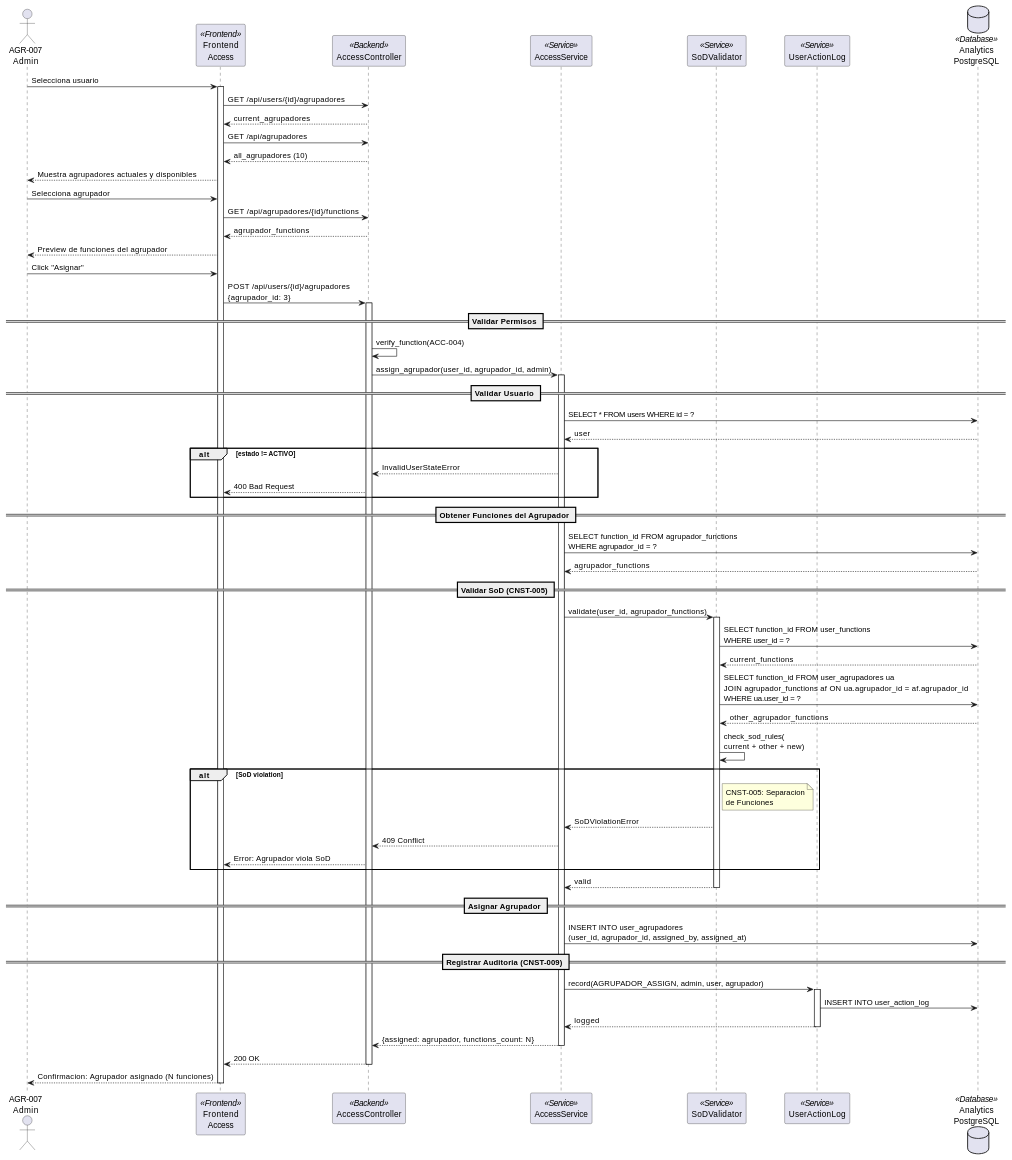
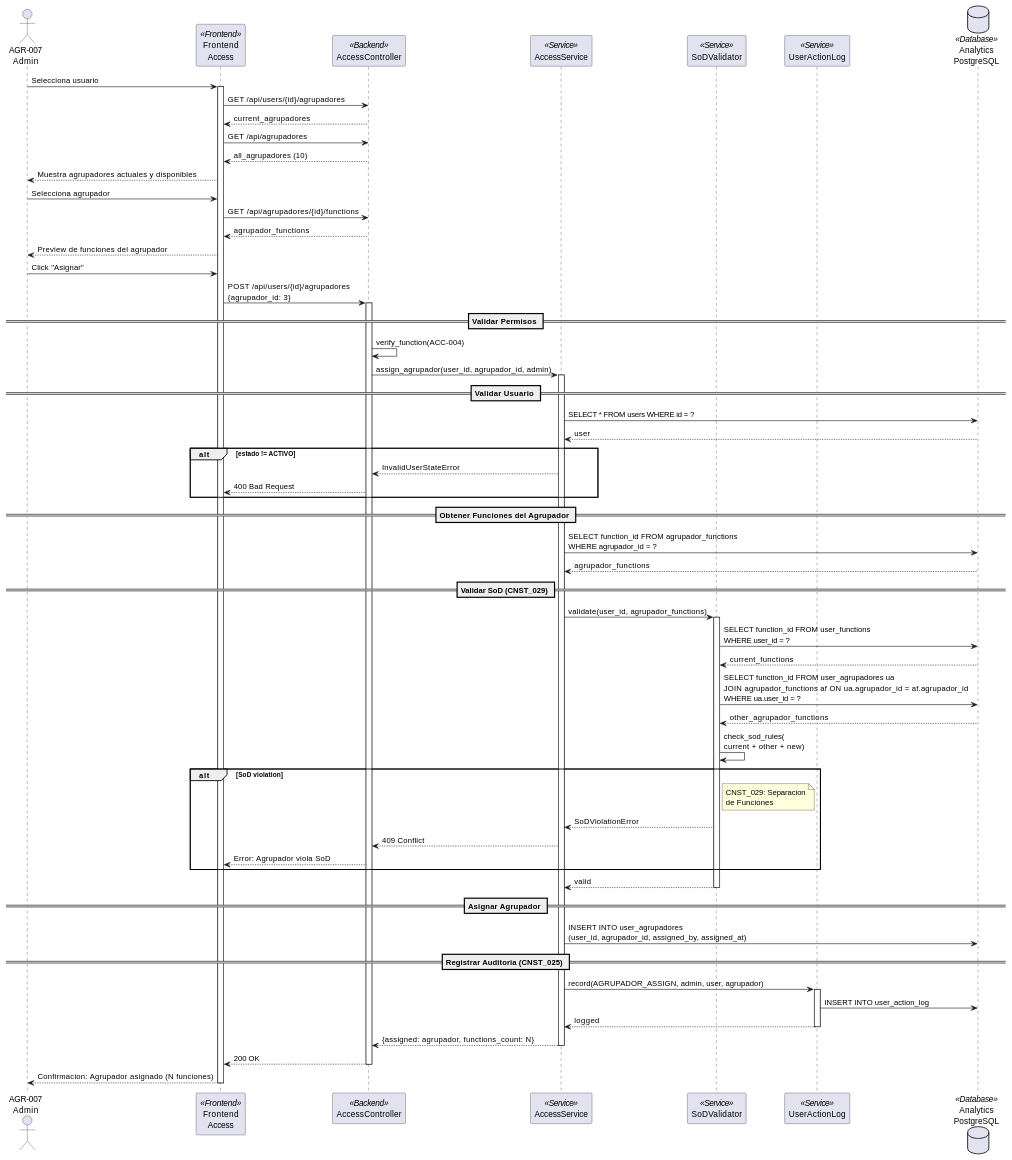
One commit to jcg-admin/IACT-docs changed the second of 3 diagrams in source/requisitos/casos_uso/access/UC_ACC_04_Asignar_Agrupador.rst. Above: the diagram before and after it, drawn with PlantUML. The commit also changed other lines of this file and 67 other files, not shown here.

```diff
--- a/source/requisitos/casos_uso/access/UC_ACC_04_Asignar_Agrupador.rst
+++ b/source/requisitos/casos_uso/access/UC_ACC_04_Asignar_Agrupador.rst
@@ -247,7 +256,7 @@
    AS -> DB: SELECT function_id FROM agrupador_functions\nWHERE agrupador_id = ?
    DB --> AS: agrupador_functions
 
-   == Validar SoD (CNST-005) ==
+   == Validar SoD (CNST_029) ==
    AS -> SOD: validate(user_id, agrupador_functions)
    activate SOD
 
@@ -261,7 +270,7 @@
 
    alt SoD violation
      note right of SOD
-       CNST-005: Separacion
+       CNST_029: Separacion
        de Funciones
      end note
      SOD --> AS: SoDViolationError
@@ -275,7 +284,7 @@
    == Asignar Agrupador ==
    AS -> DB: INSERT INTO user_agrupadores\n(user_id, agrupador_id, assigned_by, assigned_at)
 
-   == Registrar Auditoria (CNST-009) ==
+   == Registrar Auditoria (CNST_025) ==
    AS -> UAL: record(AGRUPADOR_ASSIGN, admin, user, agrupador)
    activate UAL
    UAL -> DB: INSERT INTO user_action_log
```
